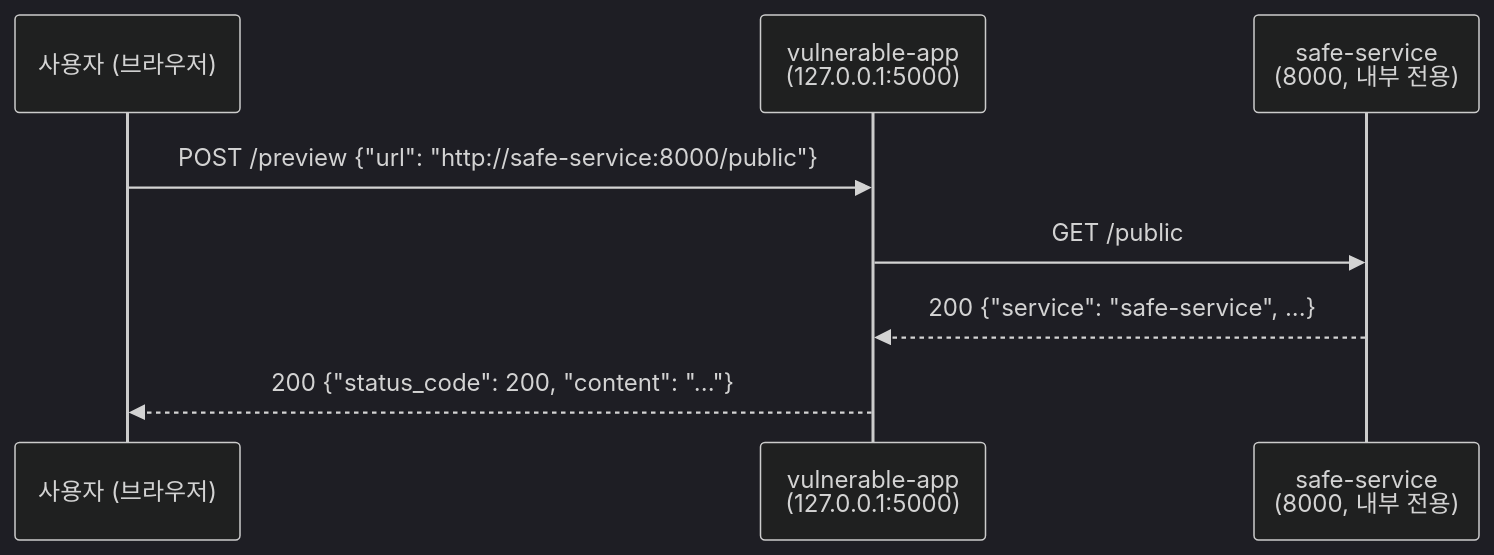
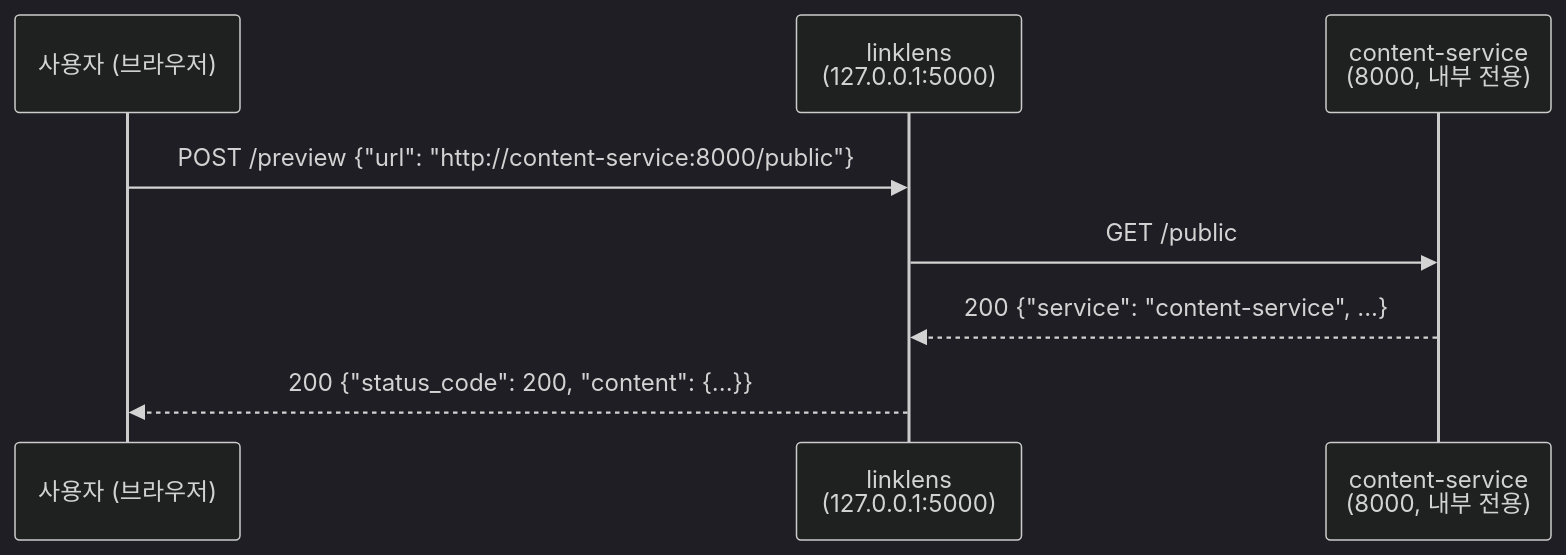
Before and after one commit to ddubi-sh/ssrf-security-lab: the first of 3 diagrams in README.md, drawn with Mermaid (dark theme). The commit also changed other lines of this file, not shown here.

````diff
--- a/README.md
+++ b/README.md
@@ -89,11 +106,11 @@
 ```mermaid
 sequenceDiagram
     participant U as 사용자 (브라우저)
-    participant V as vulnerable-app<br/>(127.0.0.1:5000)
-    participant S as safe-service<br/>(8000, 내부 전용)
+    participant V as linklens<br/>(127.0.0.1:5000)
+    participant C as content-service<br/>(8000, 내부 전용)
 
-    U->>V: POST /preview {"url": "http://safe-service:8000/public"}
-    V->>S: GET /public
-    S-->>V: 200 {"service": "safe-service", ...}
-    V-->>U: 200 {"status_code": 200, "content": "..."}
+    U->>V: POST /preview {"url": "http://content-service:8000/public"}
+    V->>C: GET /public
+    C-->>V: 200 {"service": "content-service", ...}
+    V-->>U: 200 {"status_code": 200, "content": {...}}
 ```
````
